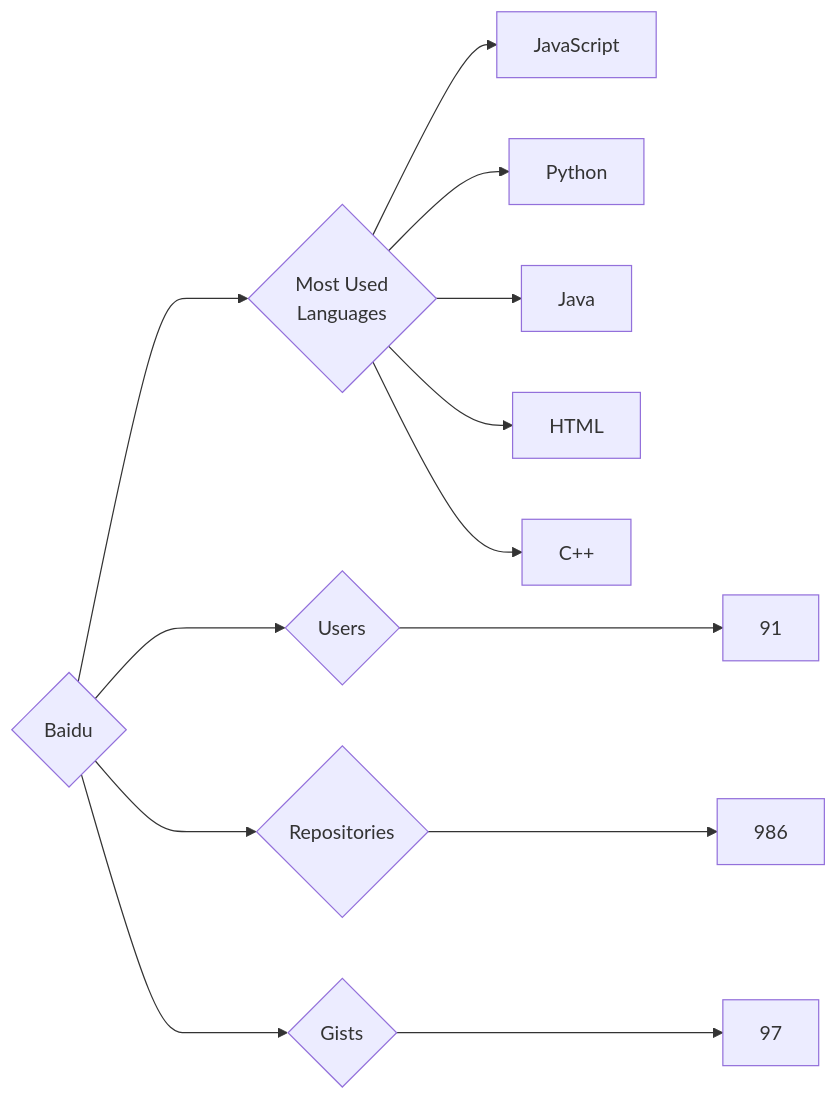
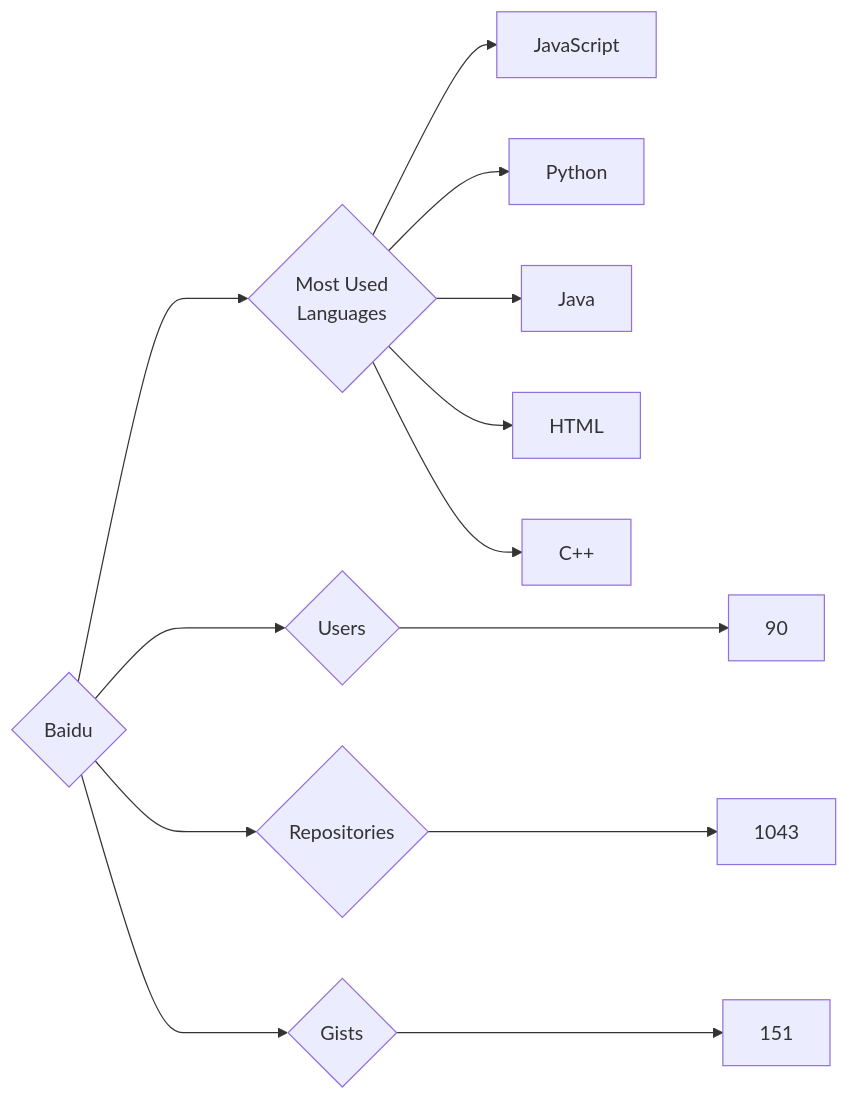
One commit to trickest/insiders changed the diagram in targets/Baidu/README.md. Above: the diagram before and after it, drawn with Mermaid. The commit also changed 657 other files, not shown here.

````diff
--- a/targets/Baidu/README.md
+++ b/targets/Baidu/README.md
@@ -3,13 +3,13 @@
 ```mermaid
 graph LR
 COMPANY_NAME{Baidu}
-COMPANY_NAME ---> U{Users} ---> UN[91]
-COMPANY_NAME ---> R{Repositories} ---> RN[986]
-COMPANY_NAME ---> G{Gists} ---> GN[97]
+COMPANY_NAME ---> U{Users} ---> UN[90]
+COMPANY_NAME ---> R{Repositories} ---> RN[1043]
+COMPANY_NAME ---> G{Gists} ---> GN[151]
 COMPANY_NAME ---> ML{Most Used<br>Languages}
 ML --> JavaScript[JavaScript]
 ML --> Python[Python]
 ML --> Java[Java]
 ML --> HTML[HTML]
 ML --> C++[C++]
 ```
````
